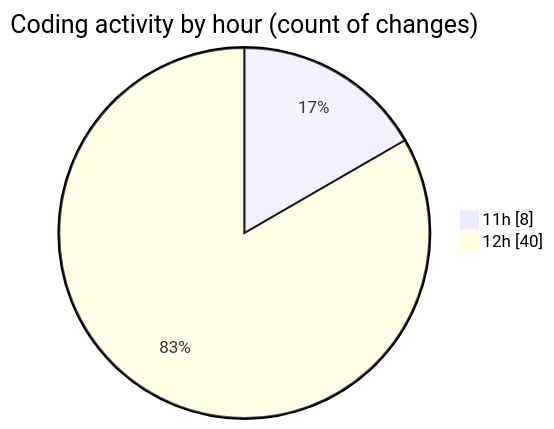
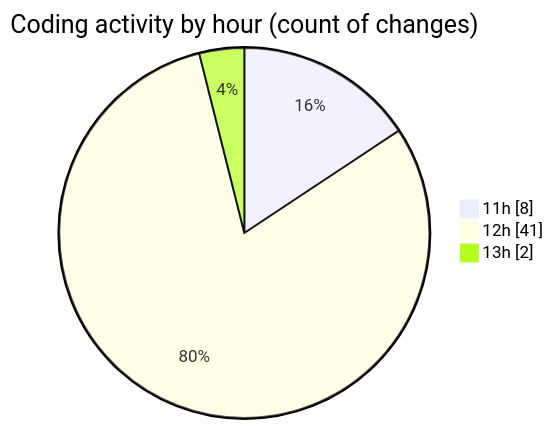
The second of 2 diagrams in 2025-05-04/project/README.md (BS-eng2023/code-tracking), drawn with Mermaid before and after one commit. The commit also changed other lines of this file and 1 other file, not shown here.

````diff
--- a/2025-05-04/project/README.md
+++ b/2025-05-04/project/README.md
@@ -46,6 +46,7 @@
 ```mermaid
 pie showData
 title Coding activity by hour (count of changes)
 "11h" : 8
-"12h" : 40
+"12h" : 41
+"13h" : 2
 ```
````
